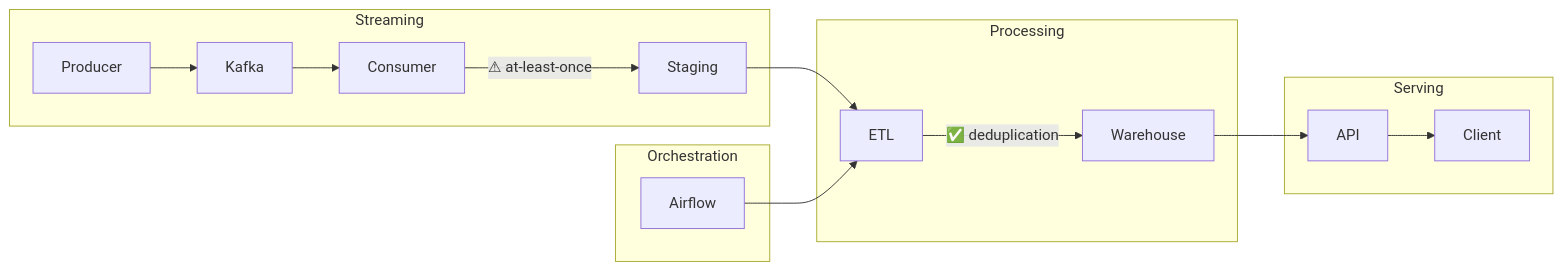
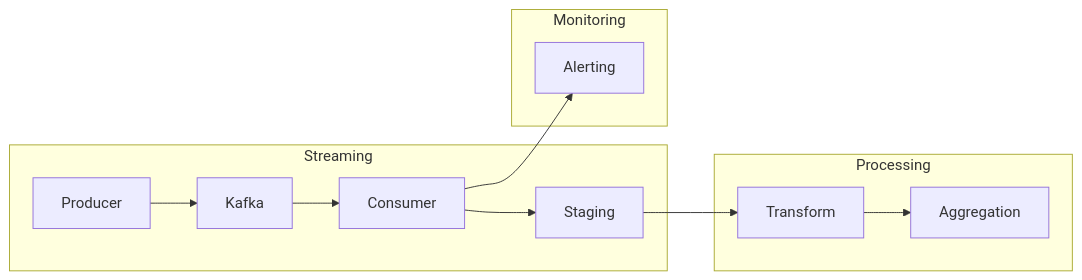
The diagram in README.md (Chu-Thana/vendor-payments-streaming-pipeline), drawn with Mermaid before and after one commit. The commit also changed other lines of this file, not shown here.

First line of the commit message:
feat(readme): enhance streaming pipeline with system-level integration

````diff
--- a/README.md
+++ b/README.md
@@ -24,28 +52,15 @@
 ```mermaid
 flowchart LR
 
-%% ===== Streaming Layer =====
 subgraph Streaming
-    Producer --> Kafka --> Consumer
-    Consumer -->|⚠ at-least-once| Staging
+    Producer --> Kafka --> Consumer --> Staging
 end
 
-%% ===== Orchestration =====
-subgraph Orchestration
-    Airflow
+subgraph Processing
+    Staging --> Transform --> Aggregation
 end
 
-%% ===== Batch / Processing =====
-subgraph Processing
-    Staging --> ETL
-    ETL -->|✅ deduplication| Warehouse
+subgraph Monitoring
+    Consumer --> Alerting
 end
-
-%% ===== Serving =====
-subgraph Serving
-    Warehouse --> API --> Client
-end
-
-%% ===== Connections =====
-Airflow --> ETL
 ```
````
